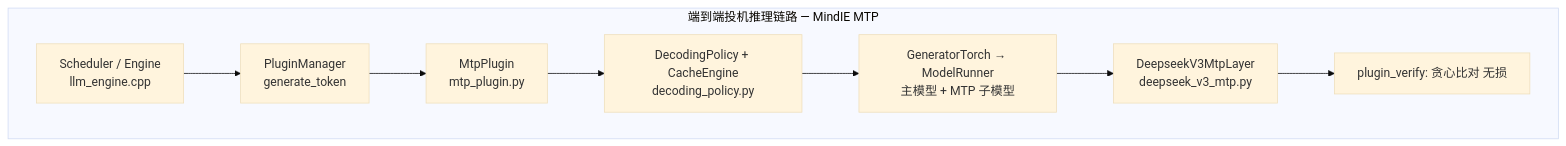
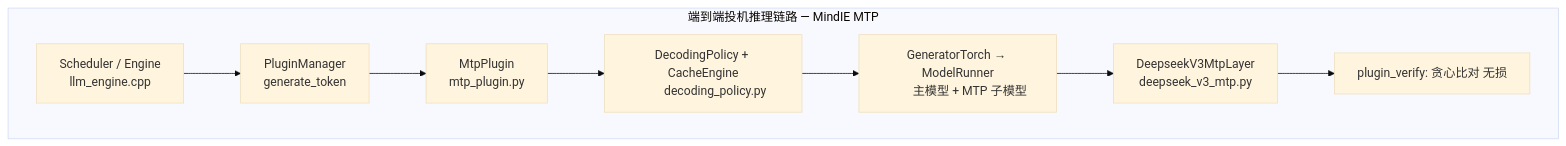
Before and after one commit to Lyr-GW/interview-docs: the first of 2 diagrams in docs/topics/speculative-decoding.md, drawn with Mermaid (base theme). The commit also changed other lines of this file and 7 other files, not shown here.

Commit message:
fix: replace mermaid <br/> with newlines to fix parsing under strict security mode

````diff
--- a/docs/topics/speculative-decoding.md
+++ b/docs/topics/speculative-decoding.md
@@ -39,13 +39,19 @@
 ```mermaid
 flowchart TB
     subgraph MindIE_MTP[端到端投机推理链路 — MindIE MTP]
-        A[Scheduler / Engine<br/>llm_engine.cpp]
-        B[PluginManager<br/>generate_token]
-        C[MtpPlugin<br/>mtp_plugin.py]
-        D[DecodingPolicy + CacheEngine<br/>decoding_policy.py]
-        E[GeneratorTorch → ModelRunner<br/>主模型 + MTP 子模型]
-        F[DeepseekV3MtpLayer<br/>deepseek_v3_mtp.py]
+        A[Scheduler / Engine
+        llm_engine.cpp]
+        B[PluginManager
+        generate_token]
+        C[MtpPlugin
+        mtp_plugin.py]
+        D[DecodingPolicy + CacheEngine
+        decoding_policy.py]
+        E[GeneratorTorch → ModelRunner
+        主模型 + MTP 子模型]
+        F[DeepseekV3MtpLayer
+        deepseek_v3_mtp.py]
         G[plugin_verify: 贪心比对 无损]
         A --> B --> C --> D --> E --> F --> G
     end
 ```
````
